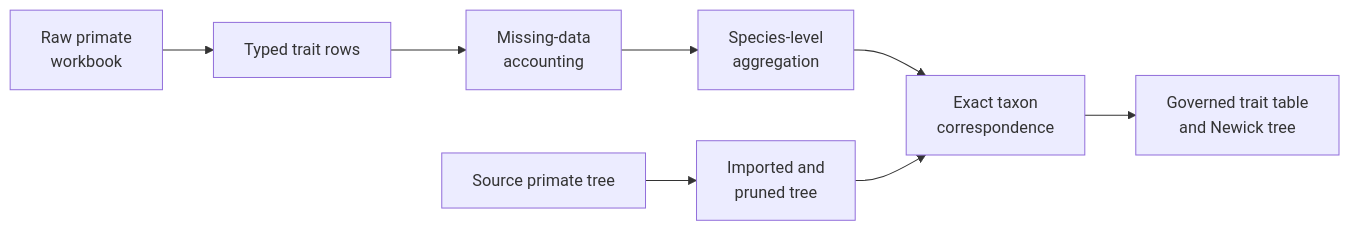
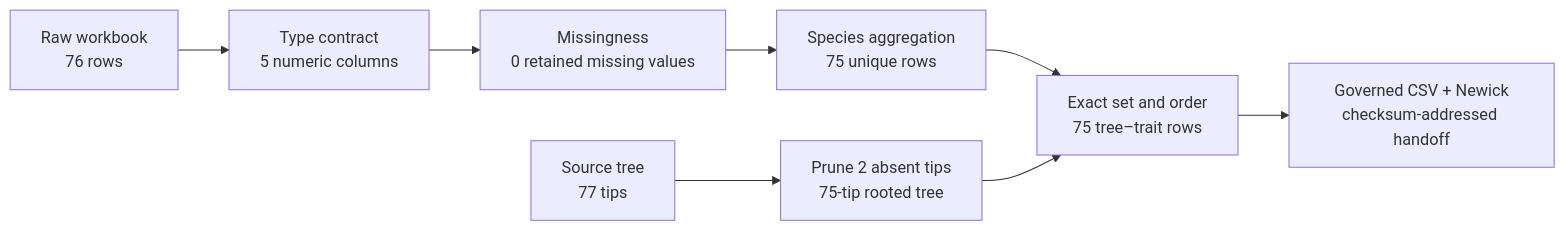
The diagram in docs/03-bijux-phylogenetics-evidence-book/pcm1-primate-longevity-signal/data-and-tree-preparation.md (bijux/bijux-phylogenetics), drawn with Mermaid before and after one commit. The commit also changed other lines of this file and 2 other files, not shown here.

Commit message:
docs(evidence): expose pcm1 governed observations

````diff
--- a/docs/03-bijux-phylogenetics-evidence-book/pcm1-primate-longevity-signal/data-and-tree-preparation.md
+++ b/docs/03-bijux-phylogenetics-evidence-book/pcm1-primate-longevity-signal/data-and-tree-preparation.md
@@ -17,10 +18,14 @@
 ```mermaid
 flowchart LR
-    workbook["Raw primate<br/>workbook"] --> types["Typed trait rows"]
-    types --> missing["Missing-data<br/>accounting"]
-    missing --> duplicates["Species-level<br/>aggregation"]
-    tree["Source primate tree"] --> prune["Imported and<br/>pruned tree"]
-    duplicates --> join["Exact taxon<br/>correspondence"]
-    prune --> join
-    join --> derivatives["Governed trait table<br/>and Newick tree"]
+    workbook["Raw workbook<br/>76 rows"]
+    typing["Type contract<br/>5 numeric columns"]
+    missing["Missingness<br/>0 retained missing values"]
+    aggregate["Species aggregation<br/>75 unique rows"]
+    source_tree["Source tree<br/>77 tips"]
+    trim["Prune 2 absent tips<br/>75-tip rooted tree"]
+    join["Exact set and order<br/>75 tree–trait rows"]
+    derivatives["Governed CSV + Newick<br/>checksum-addressed handoff"]
+
+    workbook --> typing --> missing --> aggregate --> join
+    source_tree --> trim --> join --> derivatives
 ```
````
